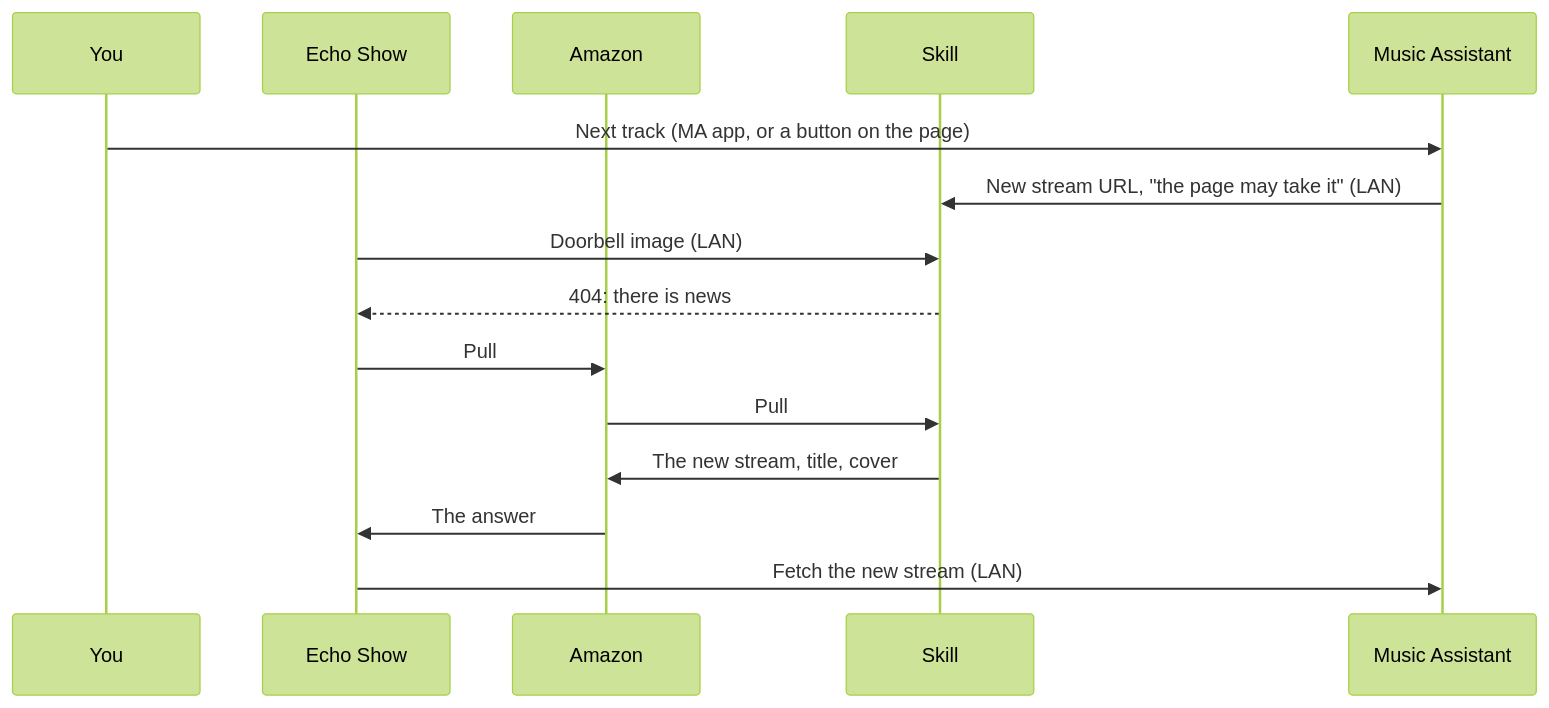
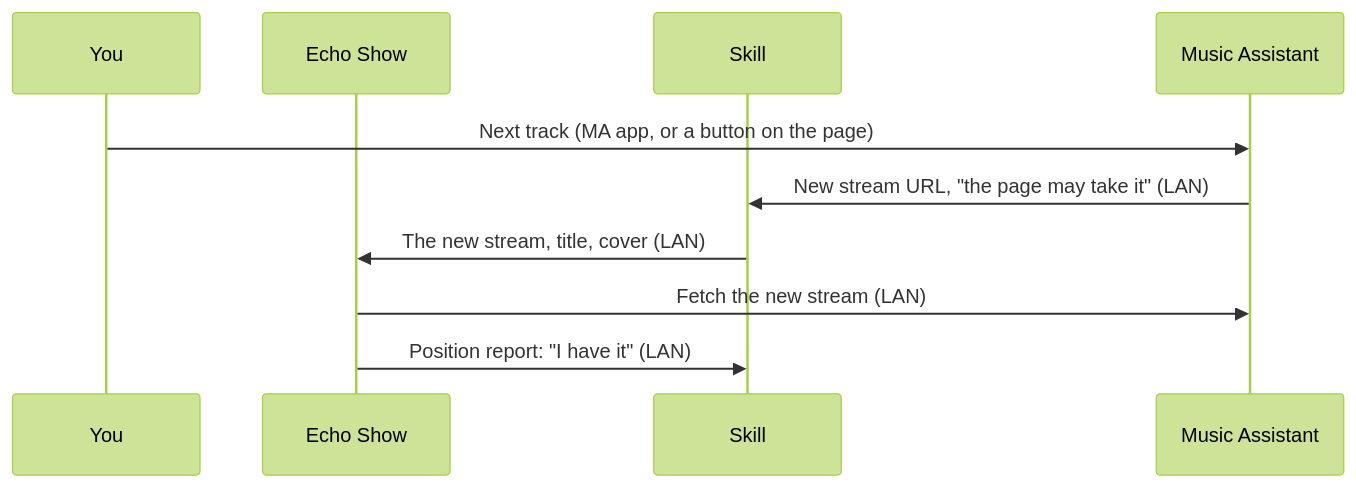
Before and after one commit to szsolt/music-assistant-alexa-skill-prototype: the third of 5 diagrams in ARCHITECTURE.md, drawn with Mermaid (forest theme). The commit also changed other lines of this file and 165 other files, not shown here.

````diff
--- a/ARCHITECTURE.md
+++ b/ARCHITECTURE.md
@@ -89,18 +99,13 @@
 ```mermaid
 sequenceDiagram
     participant U as You
     participant E as Echo Show
-    participant A as Amazon
     participant S as Skill
     participant M as Music Assistant
 
     U->>M: Next track (MA app, or a button on the page)
     M->>S: New stream URL, "the page may take it" (LAN)
-    E->>S: Doorbell image (LAN)
-    S-->>E: 404: there is news
-    E->>A: Pull
-    A->>S: Pull
-    S->>A: The new stream, title, cover
-    A->>E: The answer
+    S->>E: The new stream, title, cover (LAN)
     E->>M: Fetch the new stream (LAN)
+    E->>S: Position report: "I have it" (LAN)
 ```
````
